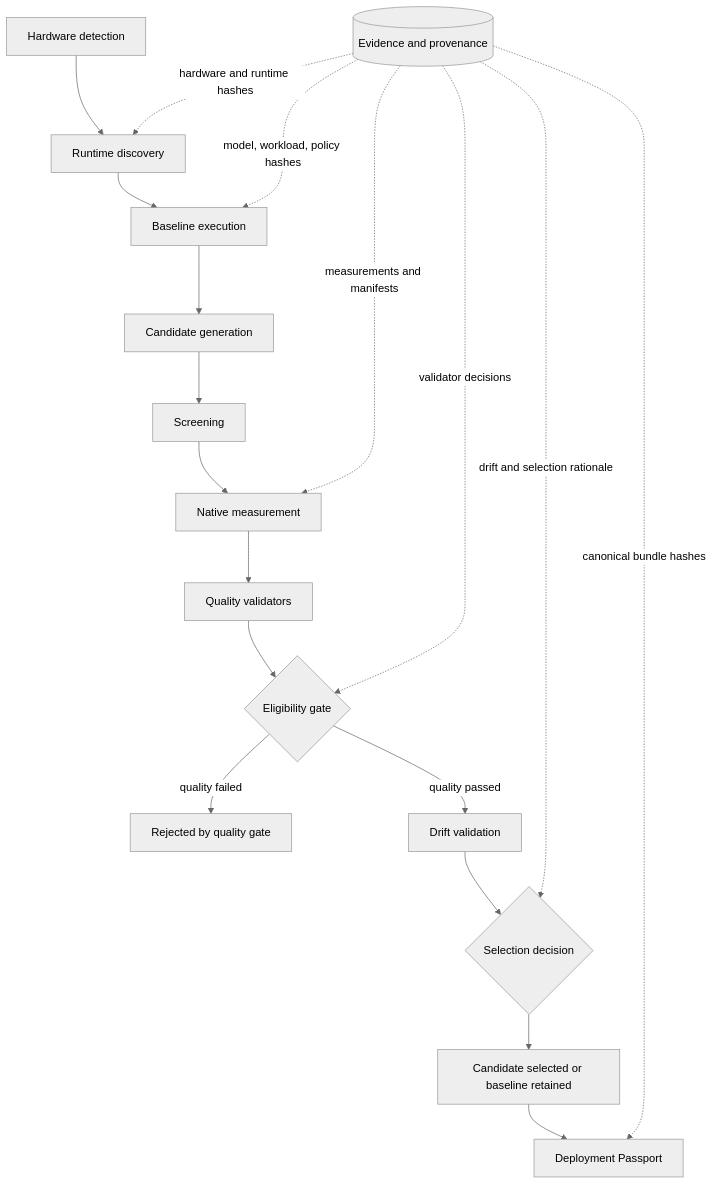
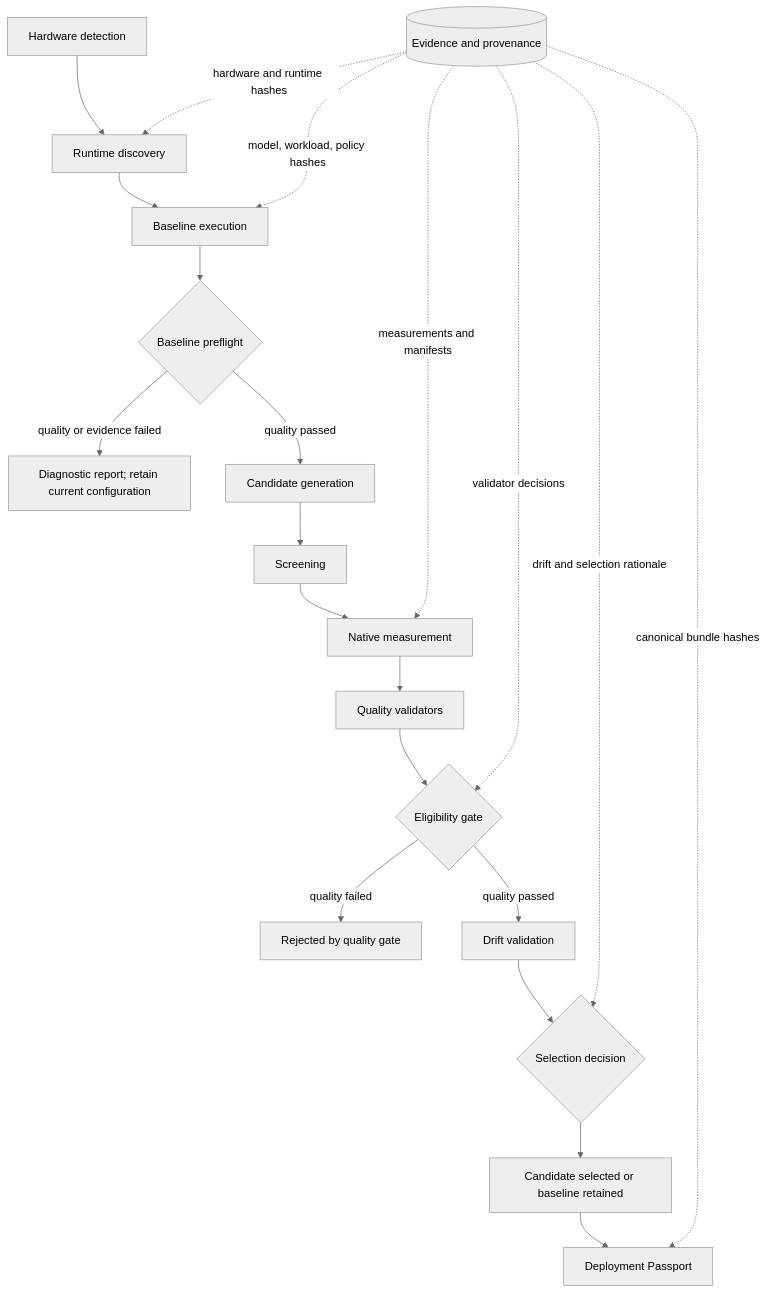
One commit to Sombra-1/arm-agent-optimizer changed the diagram in README.md. Above: the diagram before and after it, drawn with Mermaid (neutral theme). The commit also changed other lines of this file and 47 other files, not shown here.

Commit message:
feat: add baseline quality preflight and schema-aware tuning

````diff
--- a/README.md
+++ b/README.md
@@ -86,23 +93,25 @@
 ```mermaid
 flowchart TD
     H[Hardware detection] --> R[Runtime discovery]
     R --> B[Baseline execution]
-    B --> C[Candidate generation]
+    B --> F{Baseline preflight}
+    F -- quality or evidence failed --> Z[Diagnostic report; retain current configuration]
+    F -- quality passed --> C[Candidate generation]
     C --> S[Screening]
     S --> N[Native measurement]
     N --> V[Quality validators]
     V --> G{Eligibility gate}
     G -- quality failed --> X[Rejected by quality gate]
     G -- quality passed --> D[Drift validation]
     D --> Q{Selection decision}
     Q --> O[Candidate selected or baseline retained]
     O --> P[Deployment Passport]
 
     E[(Evidence and provenance)]
     E -. hardware and runtime hashes .-> R
     E -. model, workload, policy hashes .-> B
     E -. measurements and manifests .-> N
     E -. validator decisions .-> G
     E -. drift and selection rationale .-> Q
     E -. canonical bundle hashes .-> P
 ```
````
